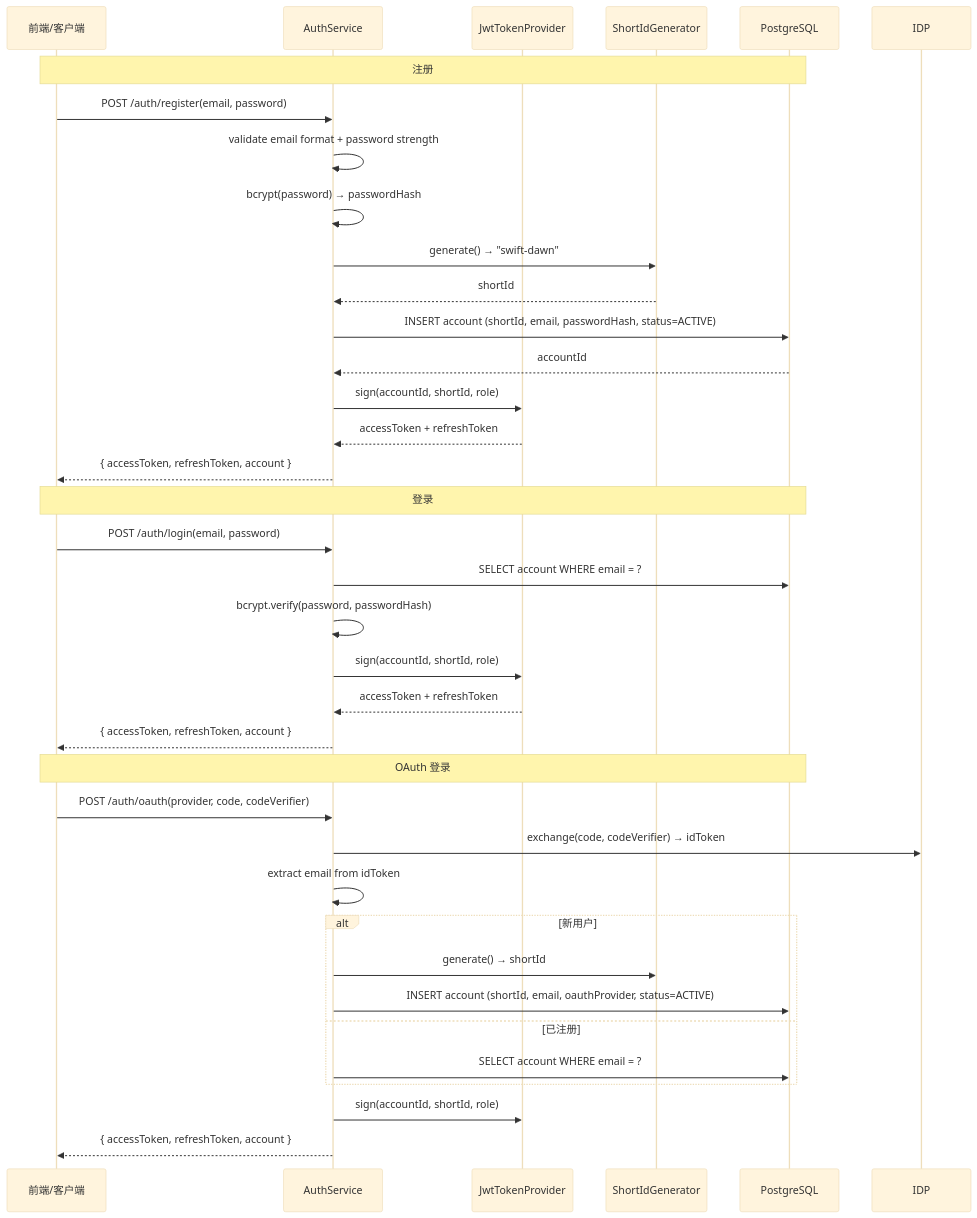
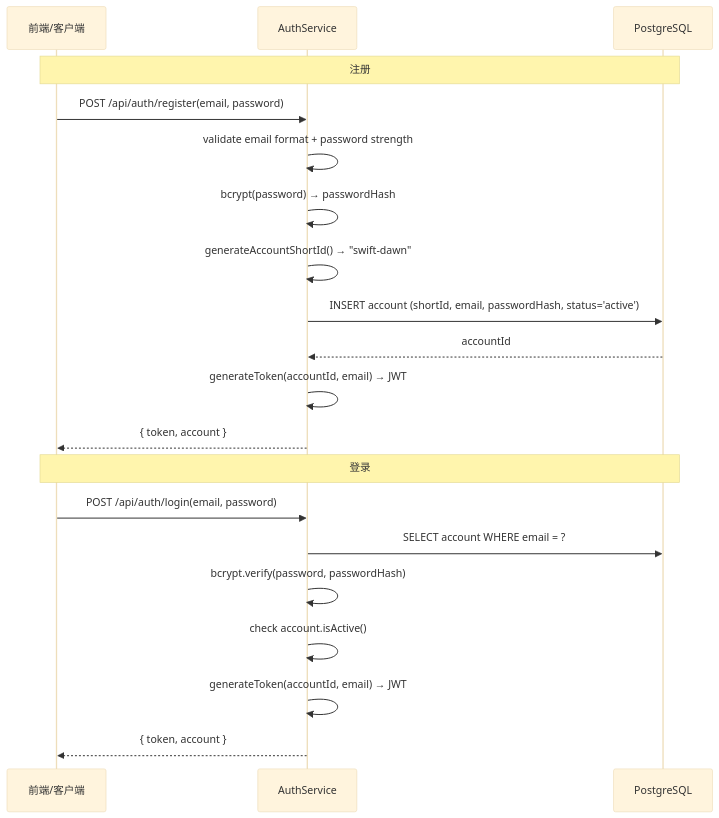
Before and after one commit to TinTongogo/ai-sivan: the third of 4 diagrams in docs/架构/10-设计/00-账号与项目管理.md, drawn with Mermaid (base theme). The commit also changed other lines of this file and 153 other files, not shown here.

````diff
--- a/docs/架构/10-设计/00-账号与项目管理.md
+++ b/docs/架构/10-设计/00-账号与项目管理.md
@@ -117,41 +128,24 @@
 ```mermaid
 sequenceDiagram
     participant C as 前端/客户端
     participant AS as AuthService
-    participant JWT as JwtTokenProvider
-    participant SH as ShortIdGenerator
     participant DB as PostgreSQL
 
     Note over C,DB: 注册
-    C->>AS: POST /auth/register(email, password)
+    C->>AS: POST /api/auth/register(email, password)
     AS->>AS: validate email format + password strength
     AS->>AS: bcrypt(password) → passwordHash
-    AS->>SH: generate() → "swift-dawn"
-    SH-->>AS: shortId
-    AS->>DB: INSERT account (shortId, email, passwordHash, status=ACTIVE)
+    AS->>AS: generateAccountShortId() → "swift-dawn"
+    AS->>DB: INSERT account (shortId, email, passwordHash, status='active')
     DB-->>AS: accountId
-    AS->>JWT: sign(accountId, shortId, role)
-    JWT-->>AS: accessToken + refreshToken
-    AS-->>C: { accessToken, refreshToken, account }
+    AS->>AS: generateToken(accountId, email) → JWT
+    AS-->>C: { token, account }
 
     Note over C,DB: 登录
-    C->>AS: POST /auth/login(email, password)
+    C->>AS: POST /api/auth/login(email, password)
     AS->>DB: SELECT account WHERE email = ?
     AS->>AS: bcrypt.verify(password, passwordHash)
-    AS->>JWT: sign(accountId, shortId, role)
-    JWT-->>AS: accessToken + refreshToken
-    AS-->>C: { accessToken, refreshToken, account }
-
-    Note over C,DB: OAuth 登录
-    C->>AS: POST /auth/oauth(provider, code, codeVerifier)
-    AS->>IDP: exchange(code, codeVerifier) → idToken
-    AS->>AS: extract email from idToken
-    Alt 新用户
-        AS->>SH: generate() → shortId
-        AS->>DB: INSERT account (shortId, email, oauthProvider, status=ACTIVE)
-    Else 已注册
-        AS->>DB: SELECT account WHERE email = ?
-    End
-    AS->>JWT: sign(accountId, shortId, role)
-    AS-->>C: { accessToken, refreshToken, account }
+    AS->>AS: check account.isActive()
+    AS->>AS: generateToken(accountId, email) → JWT
+    AS-->>C: { token, account }
 ```
````
